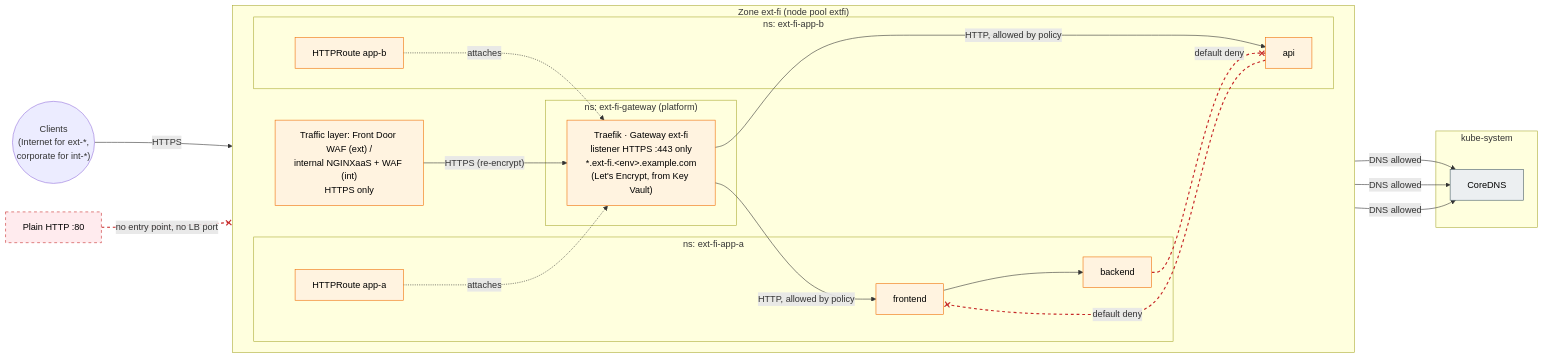
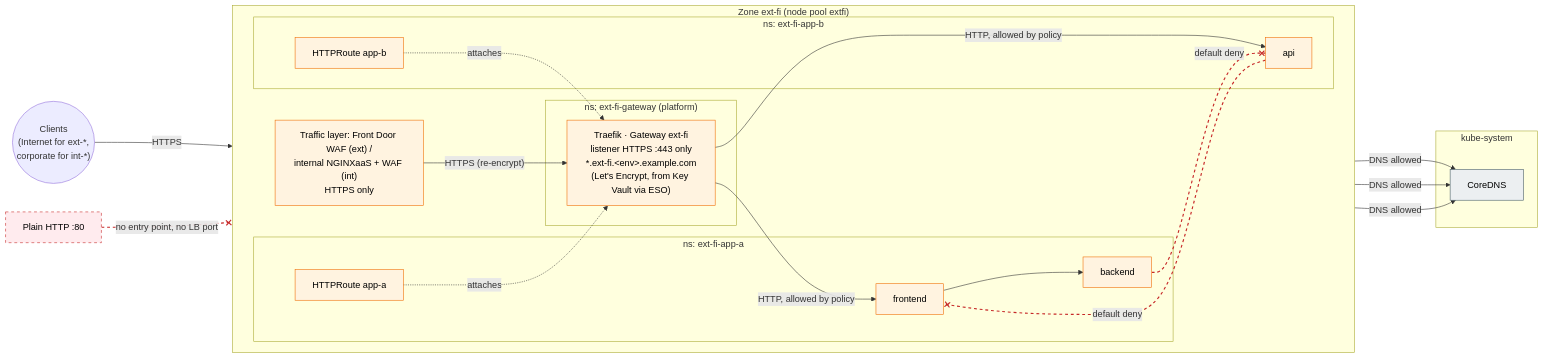
Before and after one commit to olljanat-ai/aks-design: the diagram in diagrams/07-namespace-tenancy.mmd, drawn with Mermaid. The commit also changed 21 other files, not shown here.

```diff
--- a/diagrams/07-namespace-tenancy.mmd
+++ b/diagrams/07-namespace-tenancy.mmd
@@ -1,44 +1,44 @@
 %% Application multi-tenancy inside one zone of a stateless cluster: namespace per application, default-deny
 %% network policies, Traefik as the zone's Gateway API implementation (HTTPS only).
 flowchart LR
     client(("Clients<br/>(Internet for ext-*,<br/>corporate for int-*)"))
 
     subgraph ZONE["Zone ext-fi (node pool extfi)"]
         direction LR
         appgw["Traffic layer: Front Door WAF (ext) /<br/>internal NGINXaaS + WAF (int)<br/>HTTPS only"]
         subgraph ING["ns: ext-fi-gateway (platform)"]
-            ic["Traefik · Gateway ext-fi<br/>listener HTTPS :443 only<br/>*.ext-fi.&lt;env&gt;.example.com<br/>(Let's Encrypt, from Key Vault)"]
+            ic["Traefik · Gateway ext-fi<br/>listener HTTPS :443 only<br/>*.ext-fi.&lt;env&gt;.example.com<br/>(Let's Encrypt, from Key Vault via ESO)"]
         end
         subgraph A["ns: ext-fi-app-a"]
             ra["HTTPRoute app-a"]
             a1["frontend"] --> a2["backend"]
         end
         subgraph B["ns: ext-fi-app-b"]
             rb["HTTPRoute app-b"]
             b1["api"]
         end
     end
 
     subgraph SYS["kube-system"]
         dns["CoreDNS"]
     end
 
     http["Plain HTTP :80"]:::off
 
     client -->|"HTTPS"| appgw -->|"HTTPS (re-encrypt)"| ic
     ic -->|"HTTP, allowed by policy"| a1
     ic -->|"HTTP, allowed by policy"| b1
     a1 & a2 & b1 -->|"DNS allowed"| dns
     a2 -.-x|"default deny"| b1
     b1 -.-x|"default deny"| a1
     http -.-x|"no entry point, no LB port"| ic
     ra -.->|"attaches"| ic
     rb -.->|"attaches"| ic
 
     linkStyle 8,9,10 stroke:#c62828,stroke-width:2px,stroke-dasharray:5 5
 
     classDef ext fill:#fff3e0,stroke:#ef6c00,color:#000
     classDef cp fill:#eceff1,stroke:#455a64,color:#000
     classDef off fill:#ffebee,stroke:#c62828,color:#000,stroke-dasharray: 5 5
     class appgw,ic,a1,a2,b1,ra,rb ext
     class dns cp
```
